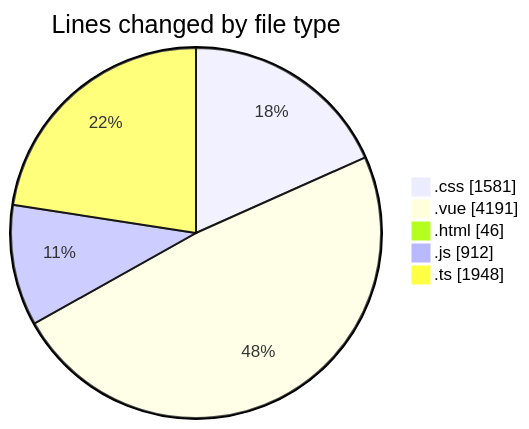
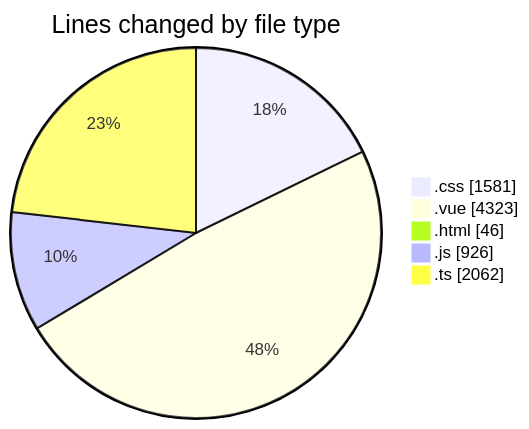
The first of 2 diagrams in 2025-08-18/rentotp/README.md (lephambinh05/code-tracking), drawn with Mermaid before and after one commit. The commit also changed other lines of this file and 1 other file, not shown here.

````diff
--- a/2025-08-18/rentotp/README.md
+++ b/2025-08-18/rentotp/README.md
@@ -47,9 +50,9 @@
 ```mermaid
 pie showData
 title Lines changed by file type
 ".css" : 1581
-".vue" : 4191
+".vue" : 4323
 ".html" : 46
-".js" : 912
-".ts" : 1948
+".js" : 926
+".ts" : 2062
 ```
````
